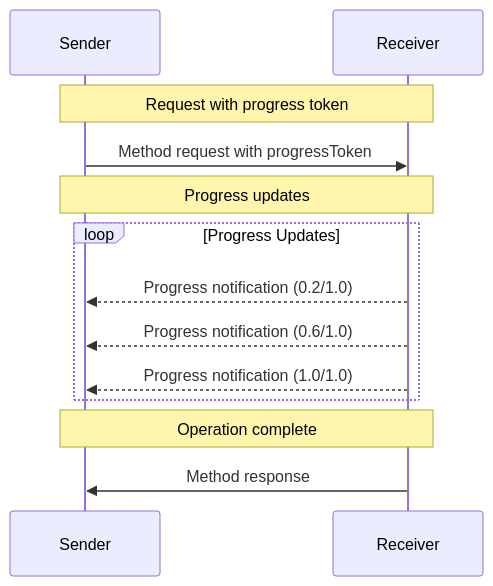
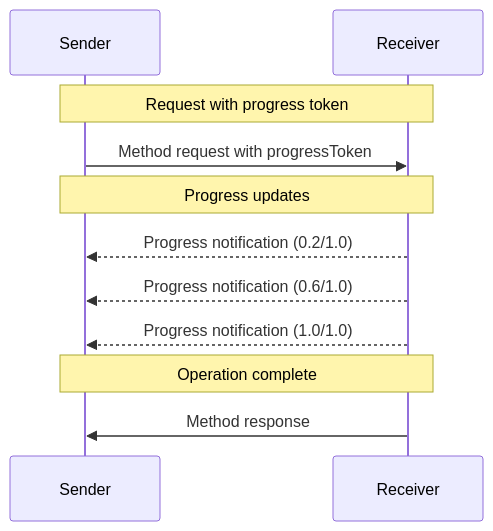
The diagram in docs/specification/2025-06-18/basic/utilities/progress.mdx (tobinsouth/modelcontextprotocol), drawn with Mermaid before and after one commit. The commit also changed 1 other file, not shown here.

Commit message:
Progress notifications should not be a loop (#953)
* Progress notifications should not be a loop

* Address PR review comments

````diff
--- a/docs/specification/2025-06-18/basic/utilities/progress.mdx
+++ b/docs/specification/2025-06-18/basic/utilities/progress.mdx
@@ -72,18 +72,16 @@
 ```mermaid
 sequenceDiagram
     participant Sender
     participant Receiver
 
     Note over Sender,Receiver: Request with progress token
     Sender->>Receiver: Method request with progressToken
 
     Note over Sender,Receiver: Progress updates
-    loop Progress Updates
-        Receiver-->>Sender: Progress notification (0.2/1.0)
-        Receiver-->>Sender: Progress notification (0.6/1.0)
-        Receiver-->>Sender: Progress notification (1.0/1.0)
-    end
+    Receiver-->>Sender: Progress notification (0.2/1.0)
+    Receiver-->>Sender: Progress notification (0.6/1.0)
+    Receiver-->>Sender: Progress notification (1.0/1.0)
 
     Note over Sender,Receiver: Operation complete
     Receiver->>Sender: Method response
 ```
````
